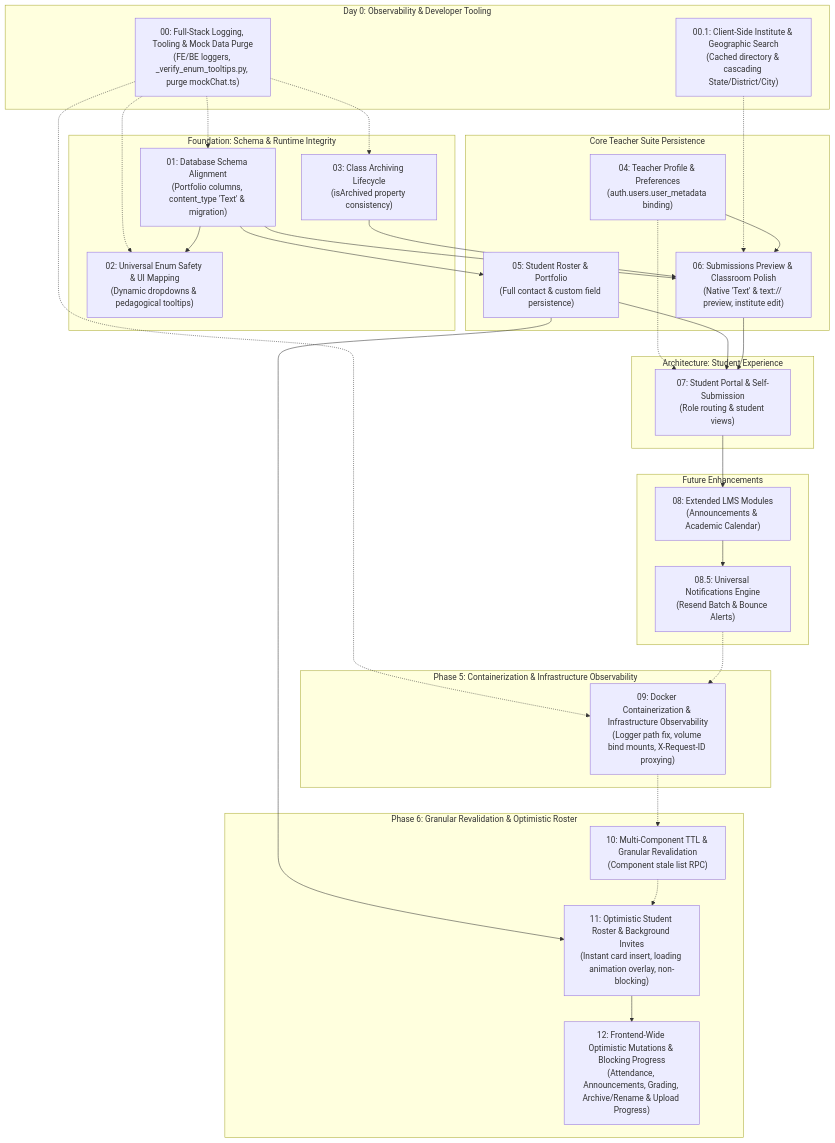
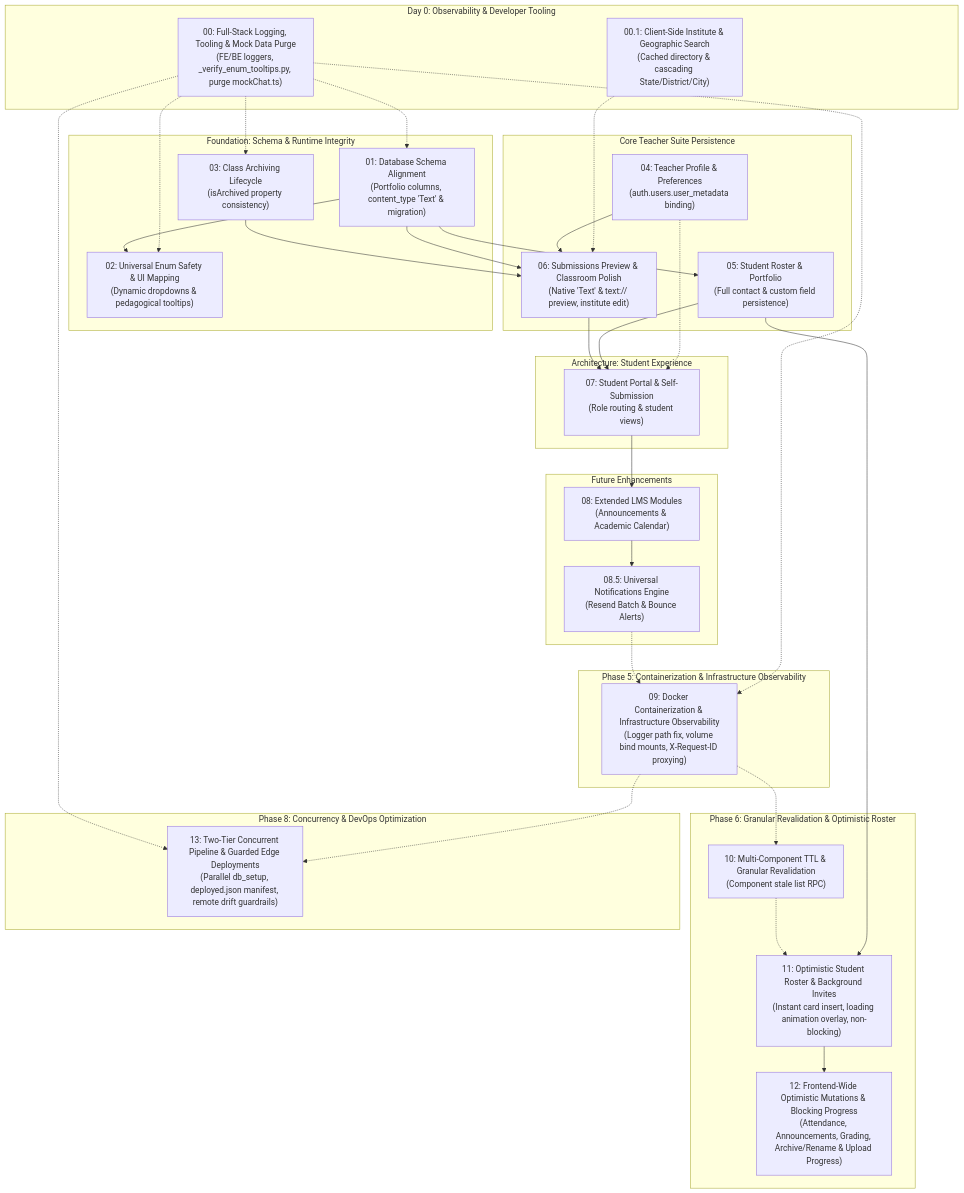
One commit to VictorBravo9er/Teacher-Assistant-Workspace changed the diagram in docs/plans/README.md. Above: the diagram before and after it, drawn with Mermaid. The commit also changed other lines of this file and 5 other files, not shown here.

First line of the commit message:
docs: document two-tier concurrent pipeline and guarded edge deployments

````diff
--- a/docs/plans/README.md
+++ b/docs/plans/README.md
@@ -26,59 +26,65 @@
 ```mermaid
 flowchart TD
     subgraph Day 0: Observability & Developer Tooling
         P00["00: Full-Stack Logging, Tooling & Mock Data Purge<br/>(FE/BE loggers, _verify_enum_tooltips.py, purge mockChat.ts)"]
         P001["00.1: Client-Side Institute & Geographic Search<br/>(Cached directory & cascading State/District/City)"]
     end
 
     subgraph Foundation: Schema & Runtime Integrity
         P01["01: Database Schema Alignment<br/>(Portfolio columns, content_type 'Text' & migration)"]
         P02["02: Universal Enum Safety & UI Mapping<br/>(Dynamic dropdowns & pedagogical tooltips)"]
         P03["03: Class Archiving Lifecycle<br/>(isArchived property consistency)"]
     end
 
     subgraph Core Teacher Suite Persistence
         P04["04: Teacher Profile & Preferences<br/>(auth.users.user_metadata binding)"]
         P05["05: Student Roster & Portfolio<br/>(Full contact & custom field persistence)"]
         P06["06: Submissions Preview & Classroom Polish<br/>(Native 'Text' & text:// preview, institute edit)"]
     end
 
     subgraph Architecture: Student Experience
         P07["07: Student Portal & Self-Submission<br/>(Role routing & student views)"]
     end
 
     subgraph Future Enhancements
         P08["08: Extended LMS Modules<br/>(Announcements & Academic Calendar)"]
         P085["08.5: Universal Notifications Engine<br/>(Resend Batch & Bounce Alerts)"]
     end
 
     subgraph Phase 5: Containerization & Infrastructure Observability
         P09["09: Docker Containerization & Infrastructure Observability<br/>(Logger path fix, volume bind mounts, X-Request-ID proxying)"]
     end
 
     subgraph Phase 6: Granular Revalidation & Optimistic Roster
         P10["10: Multi-Component TTL & Granular Revalidation<br/>(Component stale list RPC)"]
         P11["11: Optimistic Student Roster & Background Invites<br/>(Instant card insert, loading animation overlay, non-blocking)"]
         P12["12: Frontend-Wide Optimistic Mutations & Blocking Progress<br/>(Attendance, Announcements, Grading, Archive/Rename & Upload Progress)"]
     end
 
+    subgraph Phase 8: Concurrency & DevOps Optimization
+        P13["13: Two-Tier Concurrent Pipeline & Guarded Edge Deployments<br/>(Parallel db_setup, deployed.json manifest, remote drift guardrails)"]
+    end
+
     P00 -.-> P01
     P00 -.-> P02
     P00 -.-> P03
     P00 -.-> P09
     P001 -.-> P06
     P01 --> P05
     P01 --> P02
     P01 --> P06
     P03 --> P06
     P04 --> P06
     P04 -.-> P07
     P05 --> P07
     P05 --> P11
     P06 --> P07
     P07 --> P08
     P08 --> P085
     P085 -.-> P09
     P09 -.-> P10
     P10 -.-> P11
     P11 --> P12
+    P09 -.-> P13
+    P00 -.-> P13
 ```
````
